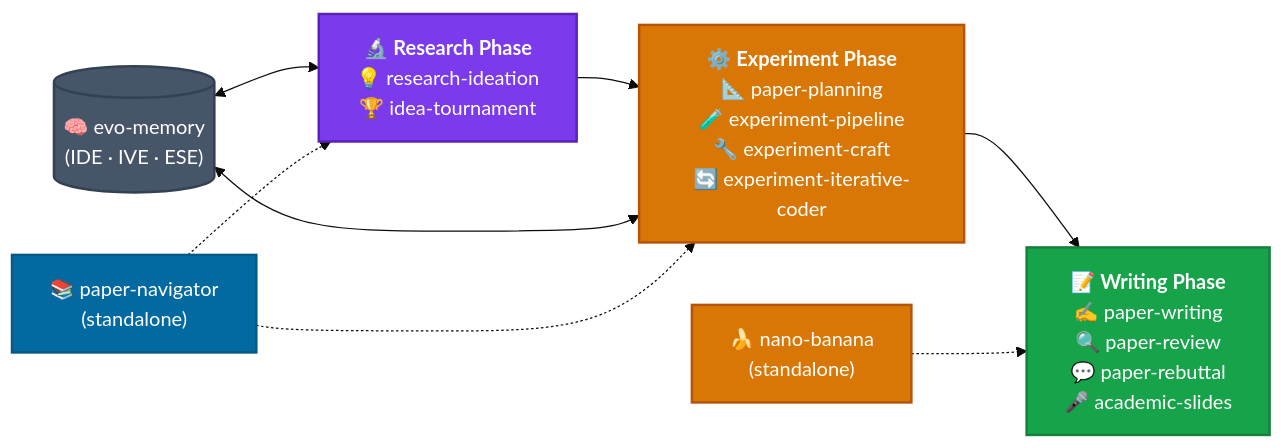
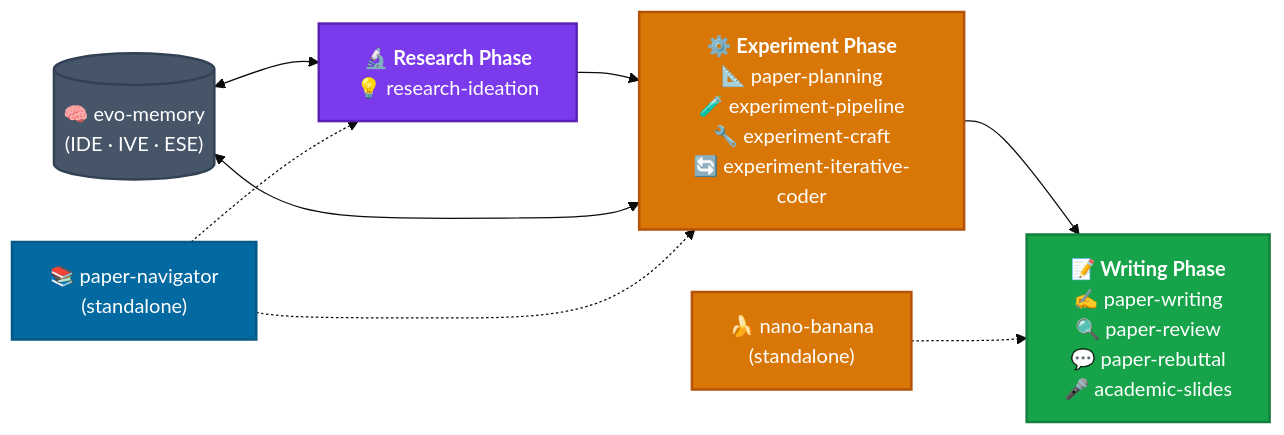
The diagram in README.md (EvoScientist/EvoSkills), drawn with Mermaid (base theme) before and after one commit. The commit also changed other lines of this file and 33 other files, not shown here.

First line of the commit message:
feat: decouple paper-navigator & research-ideation, absorb idea-tournament, add research-survey (#15)

````diff
--- a/README.md
+++ b/README.md
@@ -79,19 +79,19 @@
 ```mermaid
 flowchart LR
-    A["<b>🔬 Research Phase</b><br/>💡 research-ideation<br/>🏆 idea-tournament"]
+    A["<b>🔬 Research Phase</b><br/>💡 research-ideation"]
     --> B["<b>⚙️ Experiment Phase</b><br/>📐 paper-planning<br/>🧪 experiment-pipeline<br/>🔧 experiment-craft<br/>🔄 experiment-iterative-coder"]
     --> C["<b>📝 Writing Phase</b><br/>✍️ paper-writing<br/>🔍 paper-review<br/>💬 paper-rebuttal<br/>🎤 academic-slides"]
 
     D[("🧠 evo-memory<br/>(IDE · IVE · ESE)")] <--> A
     D <--> B
     E["📚 paper-navigator<br/>(standalone)"] -.-> A
     E -.-> B
     F["🍌 nano-banana<br/>(standalone)"] -.-> C
 
     style A fill:#7C3AED,stroke:#5B21B6,stroke-width:2px,color:#fff
     style B fill:#D97706,stroke:#B45309,stroke-width:2px,color:#fff
     style C fill:#16A34A,stroke:#15803D,stroke-width:2px,color:#fff
     style D fill:#475569,stroke:#334155,stroke-width:2px,color:#fff
     style E fill:#0369A1,stroke:#075985,stroke-width:2px,color:#fff
     style F fill:#D97706,stroke:#B45309,stroke-width:2px,color:#fff
 ```
````
